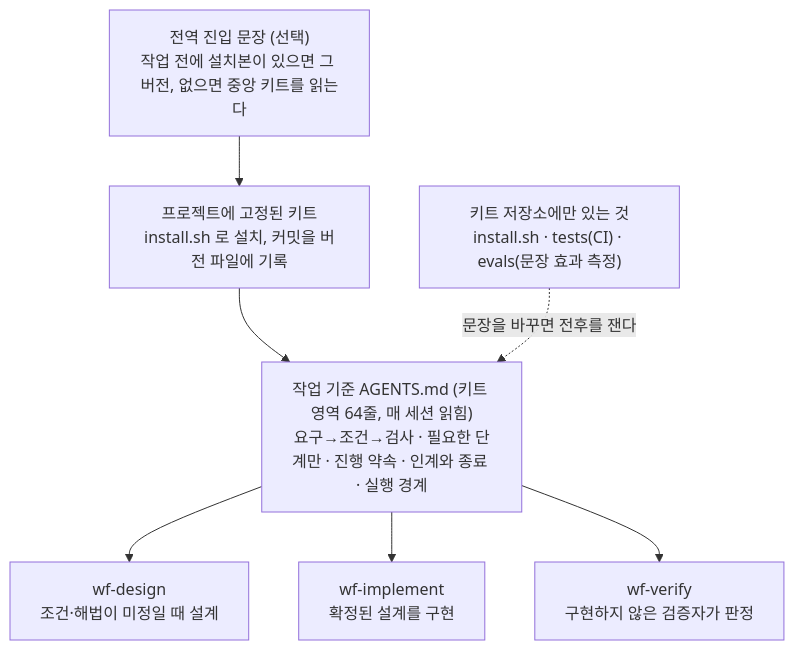
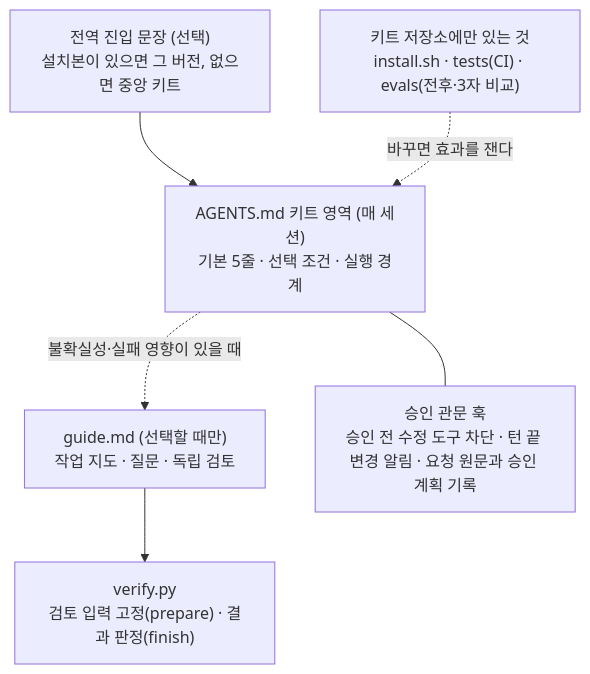
The first of 2 diagrams in README.md (taehyung-lab/agent-workflow-kit), drawn with Mermaid before and after one commit. The commit also changed other lines of this file and 243 other files, not shown here.

````diff
--- a/README.md
+++ b/README.md
@@ -29,13 +29,14 @@
 ```mermaid
 flowchart TD
-  E["전역 진입 문장 (선택)<br/>작업 전에 설치본이 있으면 그 버전, 없으면 중앙 키트를 읽는다"]
-  P["프로젝트에 고정된 키트<br/>install.sh 로 설치, 커밋을 버전 파일에 기록"]
-  A["작업 기준 AGENTS.md (키트 영역 64줄, 매 세션 읽힘)<br/>요구→조건→검사 · 필요한 단계만 · 진행 약속 · 인계와 종료 · 실행 경계"]
-  D["wf-design<br/>조건·해법이 미정일 때 설계"]
-  I["wf-implement<br/>확정된 설계를 구현"]
-  V["wf-verify<br/>구현하지 않은 검증자가 판정"]
-  R["키트 저장소에만 있는 것<br/>install.sh · tests(CI) · evals(문장 효과 측정)"]
-  E --> P --> A
-  A --> D & I & V
-  R -.->|문장을 바꾸면 전후를 잰다| A
+  E["전역 진입 문장 (선택)<br/>설치본이 있으면 그 버전, 없으면 중앙 키트"]
+  A["AGENTS.md 키트 영역 (매 세션)<br/>기본 5줄 · 선택 조건 · 실행 경계"]
+  G["guide.md (선택할 때만)<br/>작업 지도 · 질문 · 독립 검토"]
+  H["승인 관문 훅<br/>승인 전 수정 도구 차단 · 턴 끝 변경 알림 · 요청 원문과 승인 계획 기록"]
+  V["verify.py<br/>검토 입력 고정(prepare) · 결과 판정(finish)"]
+  R["키트 저장소에만 있는 것<br/>install.sh · tests(CI) · evals(전후·3자 비교)"]
+  E --> A
+  A -.->|불확실성·실패 영향이 있을 때| G
+  A --- H
+  G --> V
+  R -.->|바꾸면 효과를 잰다| A
 ```
````
